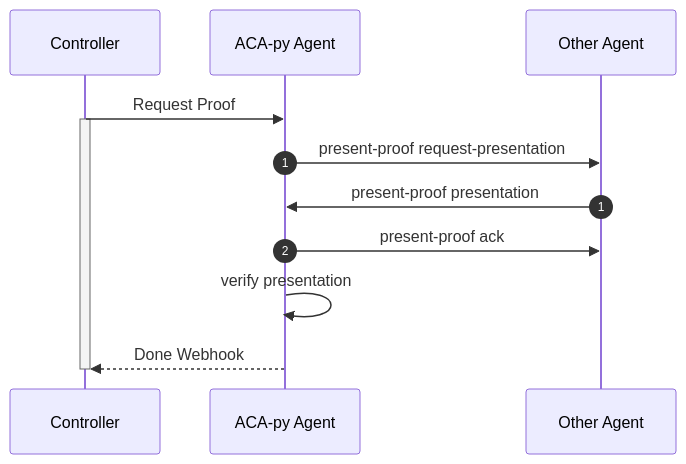
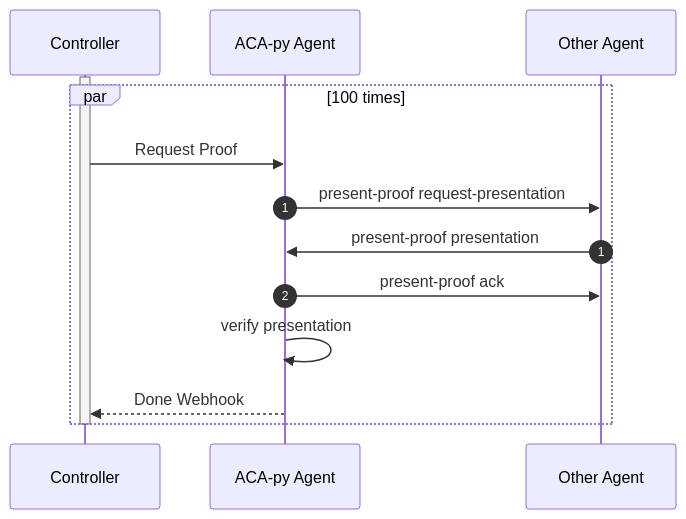
One commit to antoncuranz/didcomm-on-quic changed the diagram in diagrams/CredentialPresentation.mmd. Above: the diagram before and after it, drawn with Mermaid. The commit also changed 7 other files, not shown here.

```diff
--- a/diagrams/CredentialPresentation.mmd
+++ b/diagrams/CredentialPresentation.mmd
@@ -1,25 +1,28 @@
 sequenceDiagram
     participant controller as Controller
     participant alice as ACA-py Agent
     participant bob as Other Agent
 %%    participant indy as Indy Node
 
-    controller->>alice: Request Proof
     activate controller
+    par 100 times
+        controller->>alice: Request Proof
+        autonumber 1
+        alice->>bob: present-proof request-presentation
+        autonumber 1
+        bob->>alice: present-proof presentation
+        alice->>bob: present-proof ack
+        autonumber off
 
-    autonumber 1
-    alice->>bob: present-proof request-presentation
-    autonumber 1
-    bob->>alice: present-proof presentation
-    alice->>bob: present-proof ack
-    autonumber off
+%%        opt material not cached
+%%            alice->>indy: retrieve verification material
+%%            indy-->>alice: 
+%%        end
 
-%%    opt material not cached
-%%        alice->>indy: retrieve verification material
-%%        indy-->>alice: 
-%%    end
-
-    alice->>alice: verify presentation
+        alice->>alice: verify presentation
+        
 
     alice-->>controller: Done Webhook
+    end
+    
     deactivate controller
```
